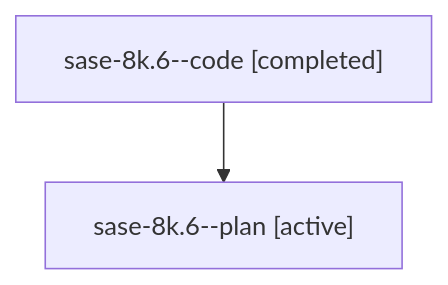
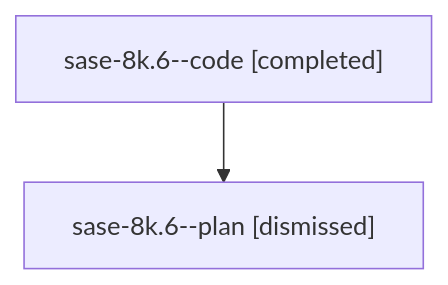
The diagram in sessions/bbugyi200.athena.sase-8k.6.md (sase-org/sase--agents), drawn with Mermaid before and after one commit. The commit also changed other lines of this file and 79 other files, not shown here.

````diff
--- a/sessions/bbugyi200.athena.sase-8k.6.md
+++ b/sessions/bbugyi200.athena.sase-8k.6.md
@@ -9,6 +9,6 @@
 ```mermaid
 flowchart TD
   n0["sase-8k.6--code [completed]"]
-  n1["sase-8k.6--plan [active]"]
+  n1["sase-8k.6--plan [dismissed]"]
   n0 --> n1
 ```
````
